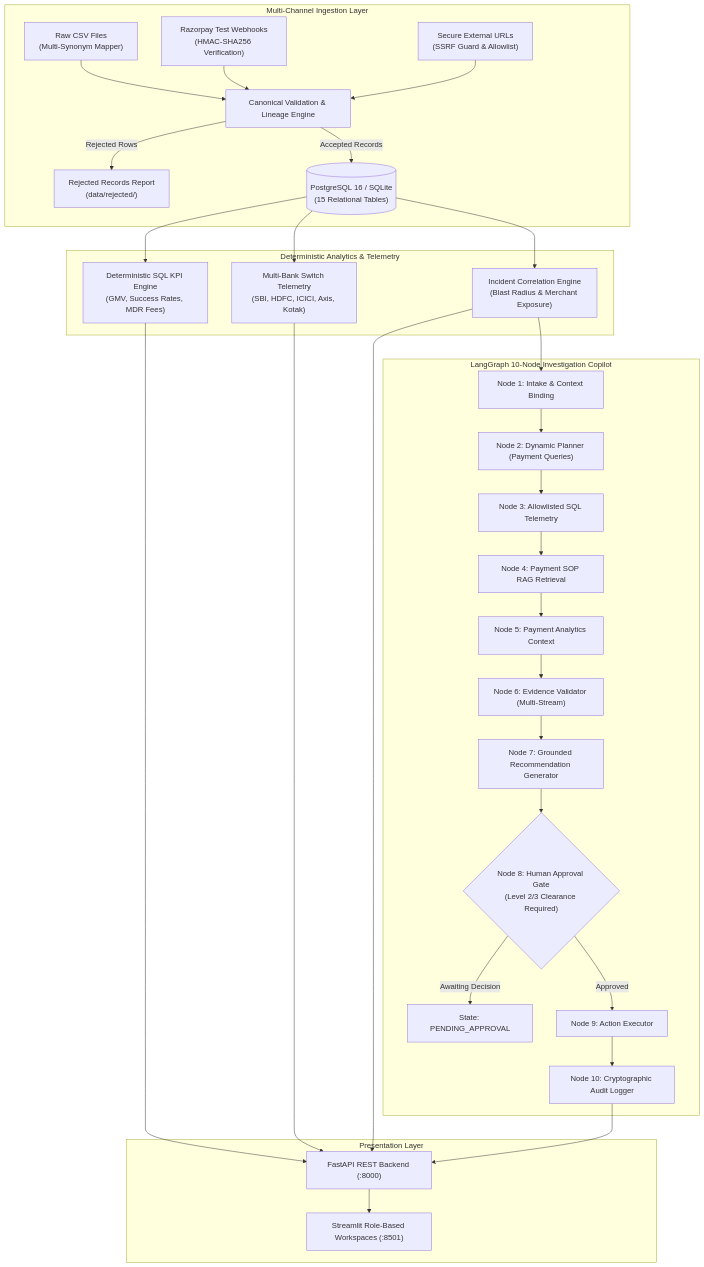
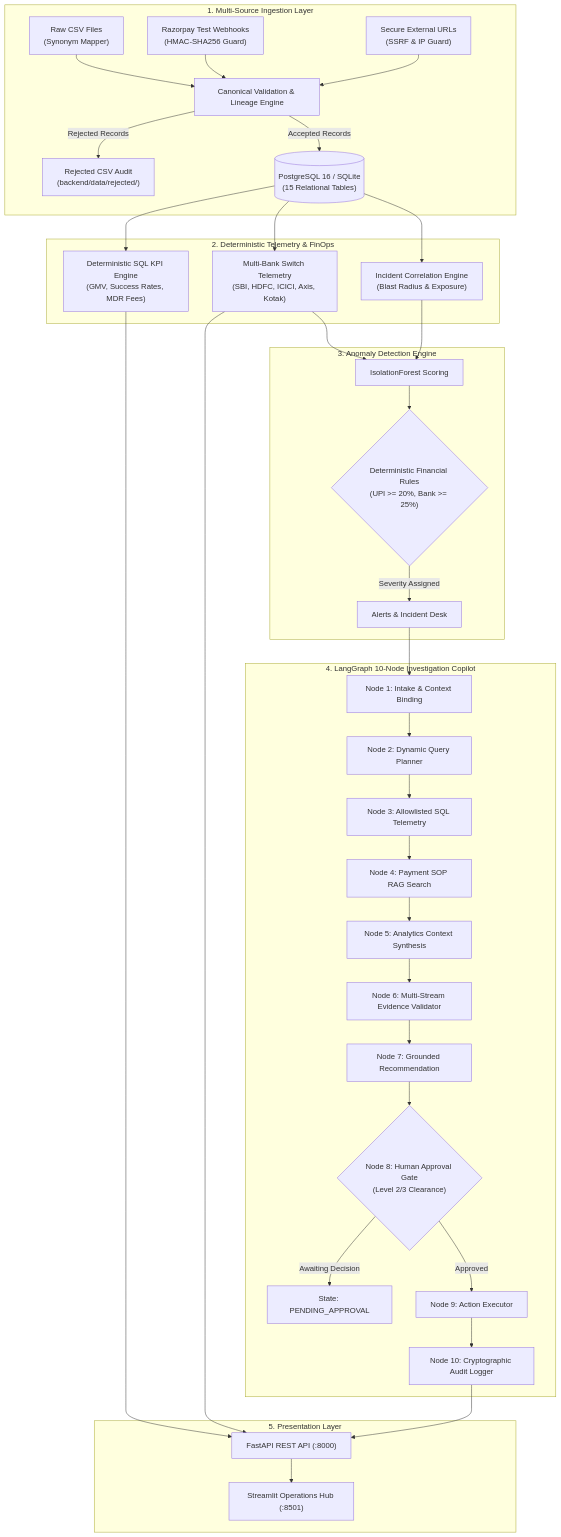
One commit to naveenkotnana/PayBridge-Payments-AI-Powered-FinOps-Payment-Operations-Platform changed the first of 2 diagrams in README.md. Above: the diagram before and after it, drawn with Mermaid. The commit also changed other lines of this file, not shown here.

Commit message:
docs: fully rewrite README with comprehensive architecture, benchmarks and screenshots

````diff
--- a/README.md
+++ b/README.md
@@ -132,35 +107,41 @@
 ```mermaid
 flowchart TD
-    subgraph Ingestion ["Multi-Channel Ingestion Layer"]
-        A1["Raw CSV Files<br>(Multi-Synonym Mapper)"] --> B["Canonical Validation & Lineage Engine"]
-        A2["Razorpay Test Webhooks<br>(HMAC-SHA256 Verification)"] --> B
-        A3["Secure External URLs<br>(SSRF Guard & Allowlist)"] --> B
-        B -->|Rejected Rows| R["Rejected Records Report<br>(data/rejected/)"]
+    subgraph Ingestion ["1. Multi-Source Ingestion Layer"]
+        A1["Raw CSV Files<br>(Synonym Mapper)"] --> B["Canonical Validation & Lineage Engine"]
+        A2["Razorpay Test Webhooks<br>(HMAC-SHA256 Guard)"] --> B
+        A3["Secure External URLs<br>(SSRF & IP Guard)"] --> B
+        B -->|Rejected Records| R["Rejected CSV Audit<br>(backend/data/rejected/)"]
         B -->|Accepted Records| D[("PostgreSQL 16 / SQLite<br>(15 Relational Tables)")]
     end
 
-    subgraph Analytics_Engine ["Deterministic Analytics & Telemetry"]
+    subgraph Analytics ["2. Deterministic Telemetry & FinOps"]
         D --> E["Deterministic SQL KPI Engine<br>(GMV, Success Rates, MDR Fees)"]
         D --> F["Multi-Bank Switch Telemetry<br>(SBI, HDFC, ICICI, Axis, Kotak)"]
-        D --> G["Incident Correlation Engine<br>(Blast Radius & Merchant Exposure)"]
+        D --> G["Incident Correlation Engine<br>(Blast Radius & Exposure)"]
     end
 
-    subgraph Agentic_Copilot ["LangGraph 10-Node Investigation Copilot"]
-        G --> H["Node 1: Intake & Context Binding"]
-        H --> I["Node 2: Dynamic Planner (Payment Queries)"]
+    subgraph ML_Detection ["3. Anomaly Detection Engine"]
+        F & G --> ML1["IsolationForest Scoring"]
+        ML1 --> ML2{"Deterministic Financial Rules<br>(UPI >= 20%, Bank >= 25%)"}
+        ML2 -->|Severity Assigned| ALT["Alerts & Incident Desk"]
+    end
+
+    subgraph Agentic_DAG ["4. LangGraph 10-Node Investigation Copilot"]
+        ALT --> H["Node 1: Intake & Context Binding"]
+        H --> I["Node 2: Dynamic Query Planner"]
         I --> J["Node 3: Allowlisted SQL Telemetry"]
-        J --> K["Node 4: Payment SOP RAG Retrieval"]
-        K --> L["Node 5: Payment Analytics Context"]
-        L --> M["Node 6: Evidence Validator (Multi-Stream)"]
-        M --> N["Node 7: Grounded Recommendation Generator"]
-        N --> O{"Node 8: Human Approval Gate<br>(Level 2/3 Clearance Required)"}
+        J --> K["Node 4: Payment SOP RAG Search"]
+        K --> L["Node 5: Analytics Context Synthesis"]
+        L --> M["Node 6: Multi-Stream Evidence Validator"]
+        M --> N["Node 7: Grounded Recommendation"]
+        N --> O{"Node 8: Human Approval Gate<br>(Level 2/3 Clearance)"}
         O -->|Awaiting Decision| P["State: PENDING_APPROVAL"]
         O -->|Approved| Q["Node 9: Action Executor"]
         Q --> S["Node 10: Cryptographic Audit Logger"]
     end
 
-    subgraph Presentation ["Presentation Layer"]
-        E & F & G & S --> T["FastAPI REST Backend (:8000)"]
-        T --> U["Streamlit Role-Based Workspaces (:8501)"]
+    subgraph Portals ["5. Presentation Layer"]
+        E & F & S --> API["FastAPI REST API (:8000)"]
+        API --> UI["Streamlit Operations Hub (:8501)"]
     end
 ```
````
